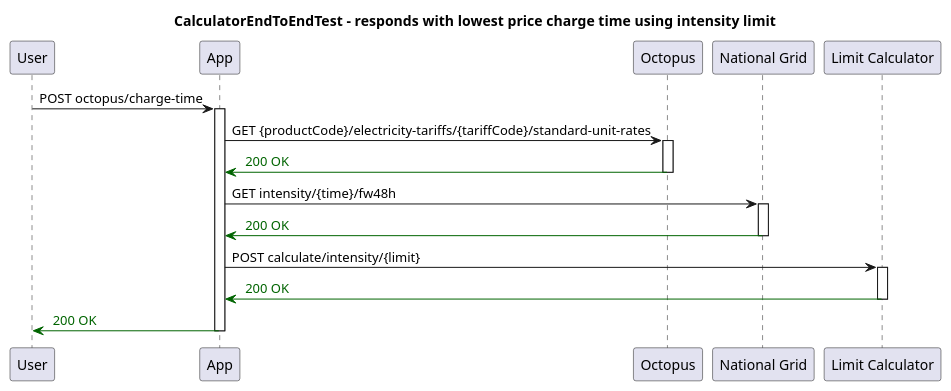
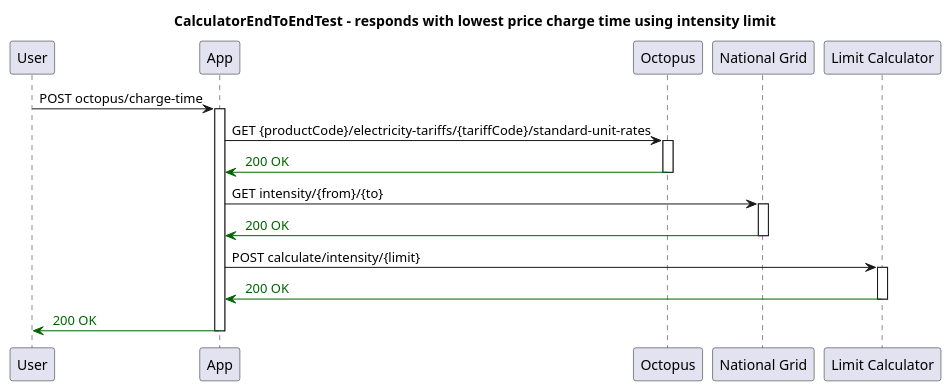
One commit to JamesWheadon/Carbon-Intensity changed the diagram in WebApp/sequences/CalculatorEndToEndTest - responds with lowest price charge time using intensity limit - Sequence.puml. Above: the diagram before and after it, drawn with PlantUML. The commit also changed 8 other files, not shown here.

```diff
--- a/WebApp/sequences/CalculatorEndToEndTest - responds with lowest price charge time using intensity limit - Sequence.puml
+++ b/WebApp/sequences/CalculatorEndToEndTest - responds with lowest price charge time using intensity limit - Sequence.puml
@@ -1,27 +1,27 @@
 @startuml
 title CalculatorEndToEndTest - responds with lowest price charge time using intensity limit
 participant "User"
 participant "App"
 participant "Octopus"
 participant "National Grid"
 participant "Limit Calculator"
 "User" -> "App": POST octopus/charge-time
 activate "App"
 "App" -> "Octopus": GET {productCode}/electricity-tariffs/{tariffCode}/standard-unit-rates
 activate "Octopus"
 
 "Octopus" -[#DarkGreen]> "App": <color:DarkGreen> 200 OK
 deactivate "Octopus"
-"App" -> "National Grid": GET intensity/{time}/fw48h
+"App" -> "National Grid": GET intensity/{from}/{to}
 activate "National Grid"
 
 "National Grid" -[#DarkGreen]> "App": <color:DarkGreen> 200 OK
 deactivate "National Grid"
 "App" -> "Limit Calculator": POST calculate/intensity/{limit}
 activate "Limit Calculator"
 
 "Limit Calculator" -[#DarkGreen]> "App": <color:DarkGreen> 200 OK
 deactivate "Limit Calculator"
 "App" -[#DarkGreen]> "User": <color:DarkGreen> 200 OK
 deactivate "App"
 @enduml
```
